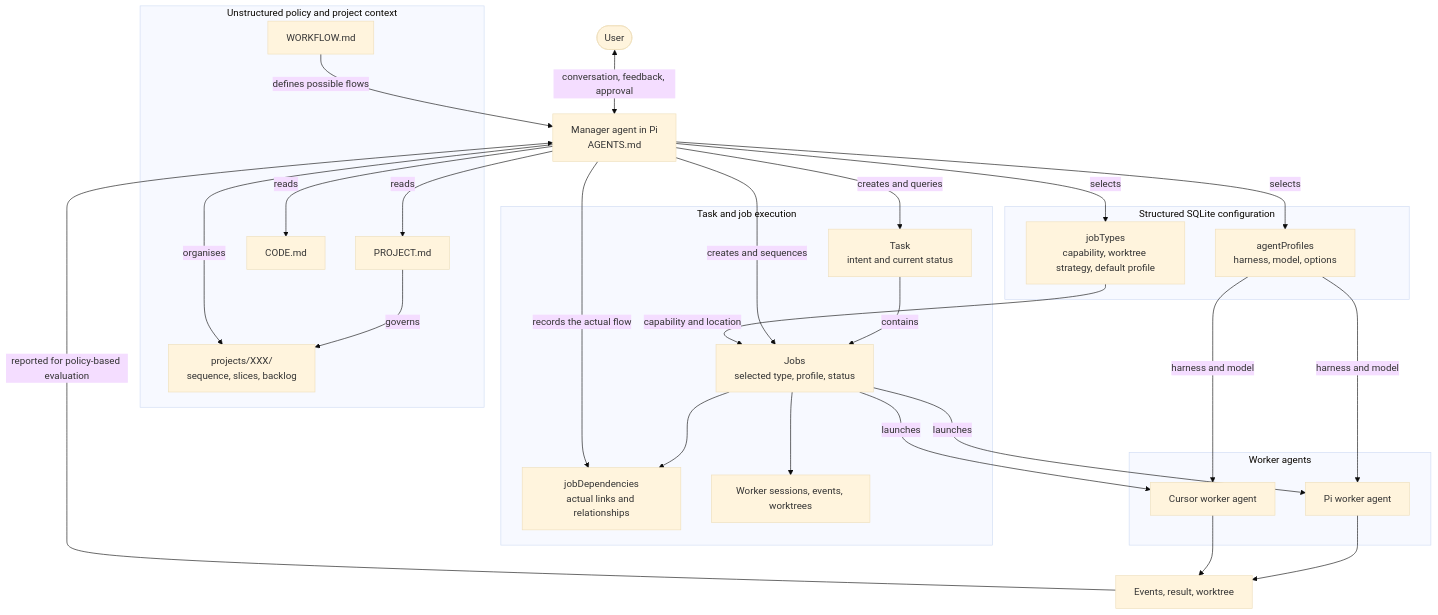
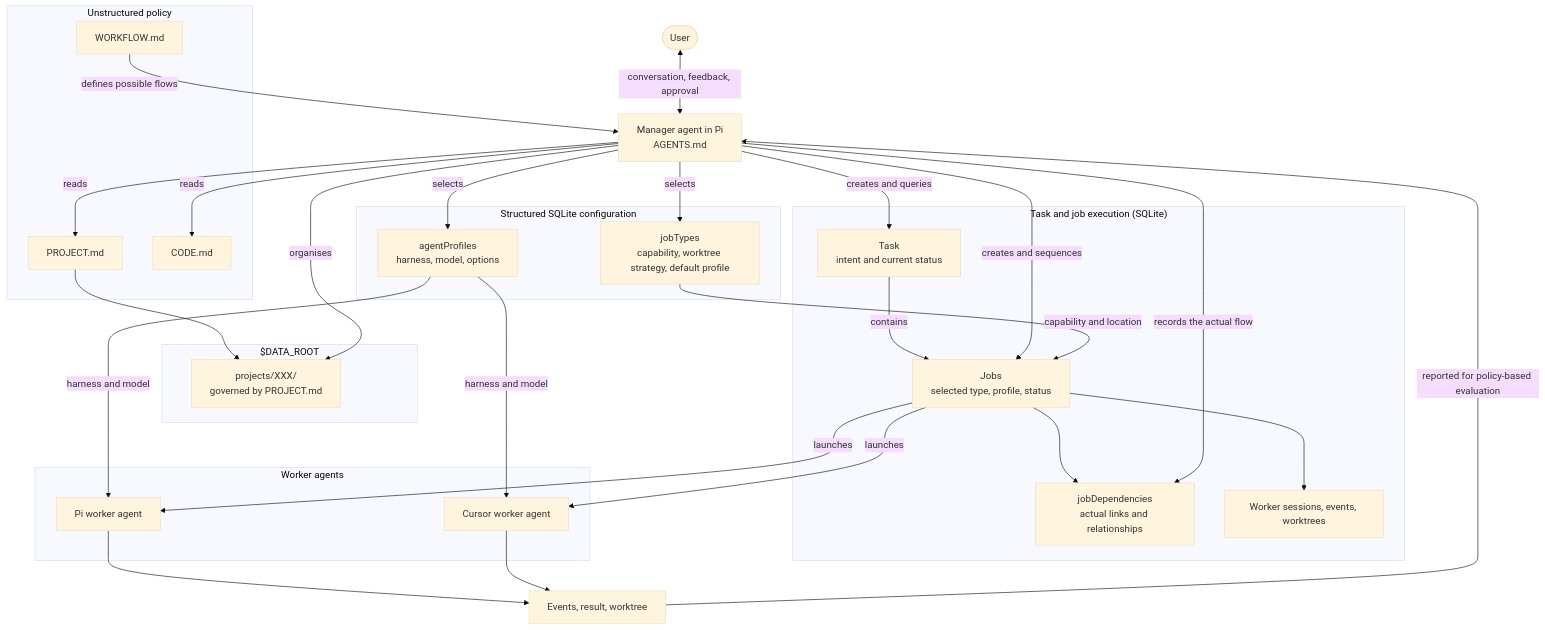
Before and after one commit to danielbush/pi-worker-agent: the diagram in README.md, drawn with Mermaid (base theme).

Commit message:
docs: refine system overview diagram

````diff
--- a/README.md
+++ b/README.md
@@ -25,51 +25,55 @@
 ```mermaid
 flowchart TB
     User([User]) <-->|conversation, feedback, approval| Manager[Manager agent in Pi<br/>AGENTS.md]
 
-    subgraph Policy[Unstructured policy and project context]
+    subgraph Policy[Unstructured policy]
         ProjectPolicy[PROJECT.md]
         WorkflowPolicy[WORKFLOW.md]
         CodePolicy[CODE.md]
-        Projects[projects/XXX/<br/>sequence, slices, backlog]
-        ProjectPolicy -->|governs| Projects
     end
+
+    subgraph DataRoot["$DATA_ROOT"]
+        Projects[projects/XXX/<br/>governed by PROJECT.md]
+    end
+
+    ProjectPolicy --> Projects
 
     subgraph Database[Structured SQLite configuration]
         AgentProfiles[agentProfiles<br/>harness, model, options]
         JobTypes[jobTypes<br/>capability, worktree strategy, default profile]
     end
 
-    subgraph Execution[Task and job execution]
+    subgraph Execution["Task and job execution (SQLite)"]
         Task[Task<br/>intent and current status]
         Jobs[Jobs<br/>selected type, profile, status]
         JobDependencies[jobDependencies<br/>actual links and relationships]
         JobArtifacts[Worker sessions, events, worktrees]
         Task -->|contains| Jobs
         Jobs --> JobDependencies
         Jobs --> JobArtifacts
     end
 
     subgraph WorkerAgents[Worker agents]
         PiWorker[Pi worker agent]
         CursorWorker[Cursor worker agent]
     end
 
     Jobs -->|launches| PiWorker
     Jobs -->|launches| CursorWorker
     PiWorker --> Result[Events, result, worktree]
     CursorWorker --> Result
 
     Manager -->|reads| ProjectPolicy
     WorkflowPolicy -->|defines possible flows| Manager
     Manager -->|reads| CodePolicy
     Manager -->|organises| Projects
     Manager -->|selects| AgentProfiles
     Manager -->|selects| JobTypes
     Manager -->|creates and queries| Task
     Manager -->|creates and sequences| Jobs
     Manager -->|records the actual flow| JobDependencies
     JobTypes -->|capability and location| Jobs
     AgentProfiles -->|harness and model| PiWorker
     AgentProfiles -->|harness and model| CursorWorker
     Result -->|reported for policy-based evaluation| Manager
 ```
````
